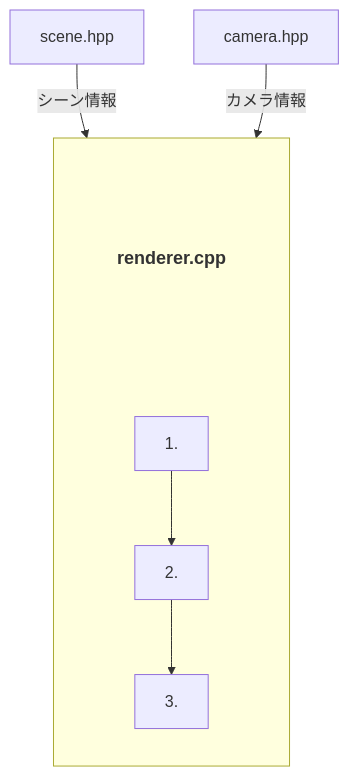
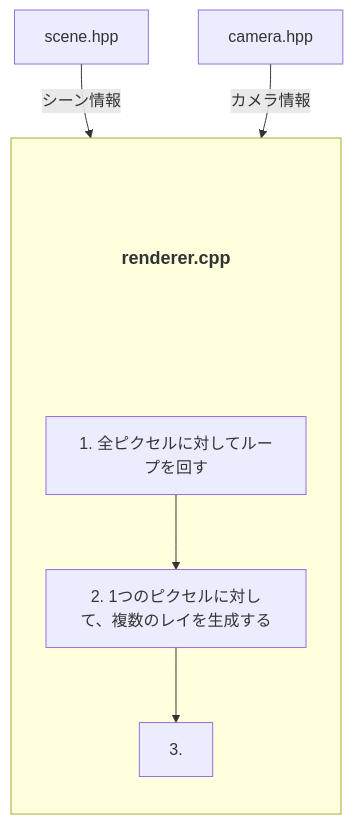
One commit to koretty/raytracing-engine changed the second of 2 diagrams in docs/architecture.md. Above: the diagram before and after it, drawn with Mermaid.

````diff
--- a/docs/architecture.md
+++ b/docs/architecture.md
@@ -43,24 +43,24 @@
 ```mermaid
 graph TD
     Scene["scene.hpp"]
     Camera["camera.hpp"]
 
     subgraph MainContainer [" "]
         direction TB
 
         Title{"renderer.cpp"}
         style Title fill:none,stroke:none,font-size:18px,font-weight:bold
         
-        Step1["1. "]
-        Step2["2. "]
+        Step1["1. 全ピクセルに対してループを回す"]
+        Step2["2. 1つのピクセルに対して、複数のレイを生成する"]
         Step3["3. "]
     
         Title ~~~ Step1
         Step1 --> Step2 --> Step3
     end
 
     Scene -->|シーン情報| Step1
     Camera -->|カメラ情報| Step1
     
 
 ```
````
